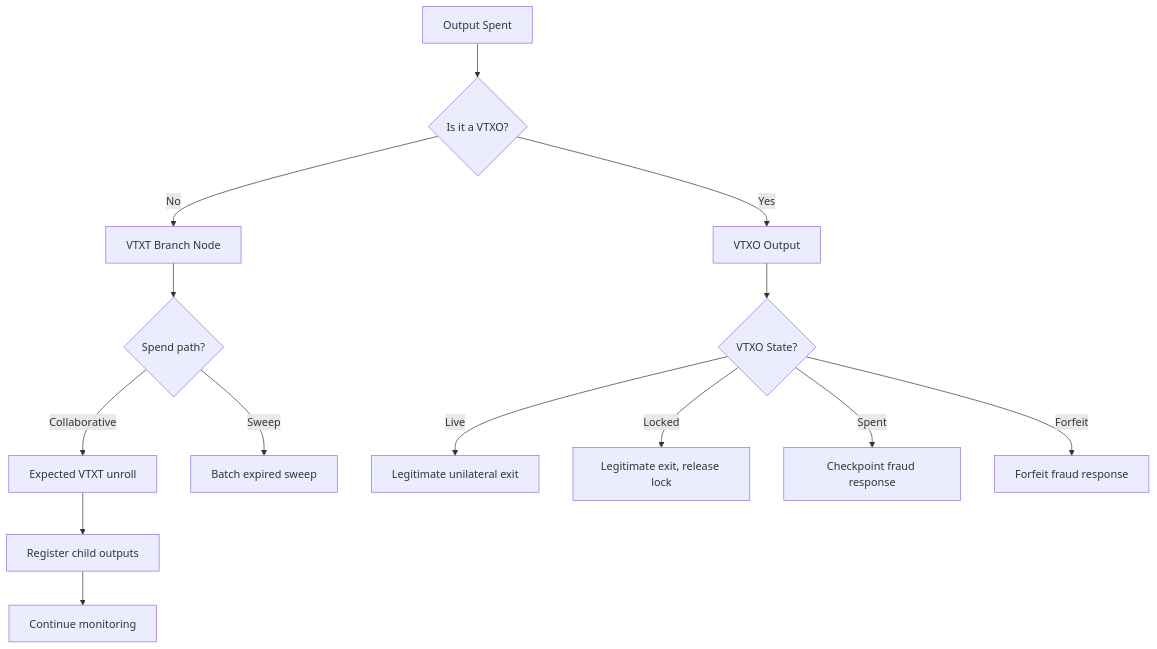
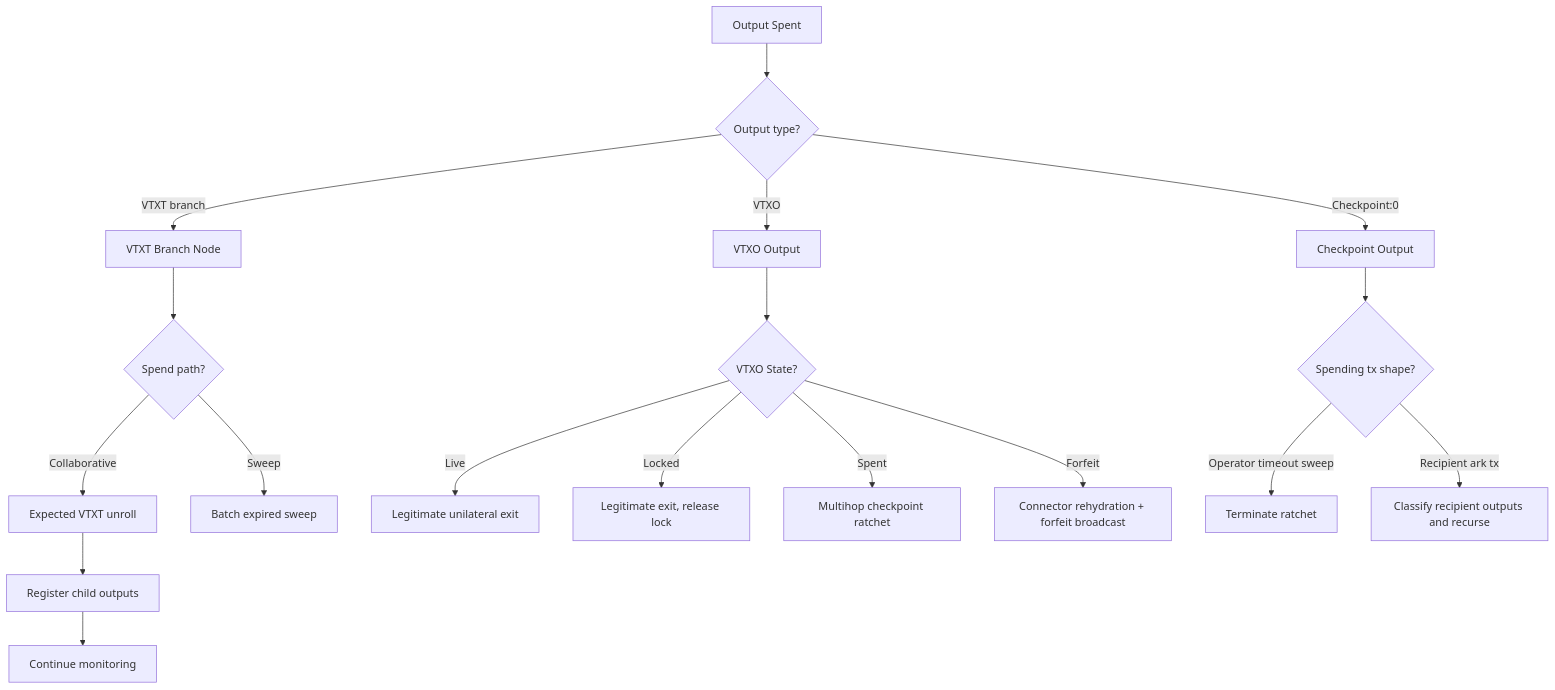
One commit to lightninglabs/wavelength changed the second of 7 diagrams in docs/ark-specs/ARK-04-monitoring.md. Above: the diagram before and after it, drawn with Mermaid. The commit also changed other lines of this file, not shown here.

First line of the commit message:
docs/ark-specs: rewrite fraud response around multihop ratchet

````diff
--- a/docs/ark-specs/ARK-04-monitoring.md
+++ b/docs/ark-specs/ARK-04-monitoring.md
@@ -280,20 +308,25 @@
 ```mermaid
 flowchart TD
-    SPEND[Output Spent] --> CHECK{Is it a VTXO?}
+    SPEND[Output Spent] --> CHECK{Output type?}
 
-    CHECK -->|No| VTXT[VTXT Branch Node]
-    CHECK -->|Yes| VTXO[VTXO Output]
+    CHECK -->|VTXT branch| VTXT[VTXT Branch Node]
+    CHECK -->|VTXO| VTXO[VTXO Output]
+    CHECK -->|Checkpoint:0| CP[Checkpoint Output]
 
     VTXT --> VPATH{Spend path?}
     VPATH -->|Collaborative| COLLAB[Expected VTXT unroll]
     VPATH -->|Sweep| SWEEP[Batch expired sweep]
 
     VTXO --> VSTATE{VTXO State?}
     VSTATE -->|Live| LEGIT[Legitimate unilateral exit]
     VSTATE -->|Locked| LEGIT_LOCKED[Legitimate exit, release lock]
-    VSTATE -->|Spent| FRAUD_SPENT[Checkpoint fraud response]
-    VSTATE -->|Forfeit| FRAUD_FORFEIT[Forfeit fraud response]
+    VSTATE -->|Spent| FRAUD_SPENT[Multihop checkpoint ratchet]
+    VSTATE -->|Forfeit| FRAUD_FORFEIT[Connector rehydration + forfeit broadcast]
+
+    CP --> CPCLASS{Spending tx shape?}
+    CPCLASS -->|Operator timeout sweep| RATCHET_END[Terminate ratchet]
+    CPCLASS -->|Recipient ark tx| RATCHET_NEXT[Classify recipient outputs and recurse]
 
     COLLAB --> REGISTER[Register child outputs]
     REGISTER --> MONITOR[Continue monitoring]
 ```
````
